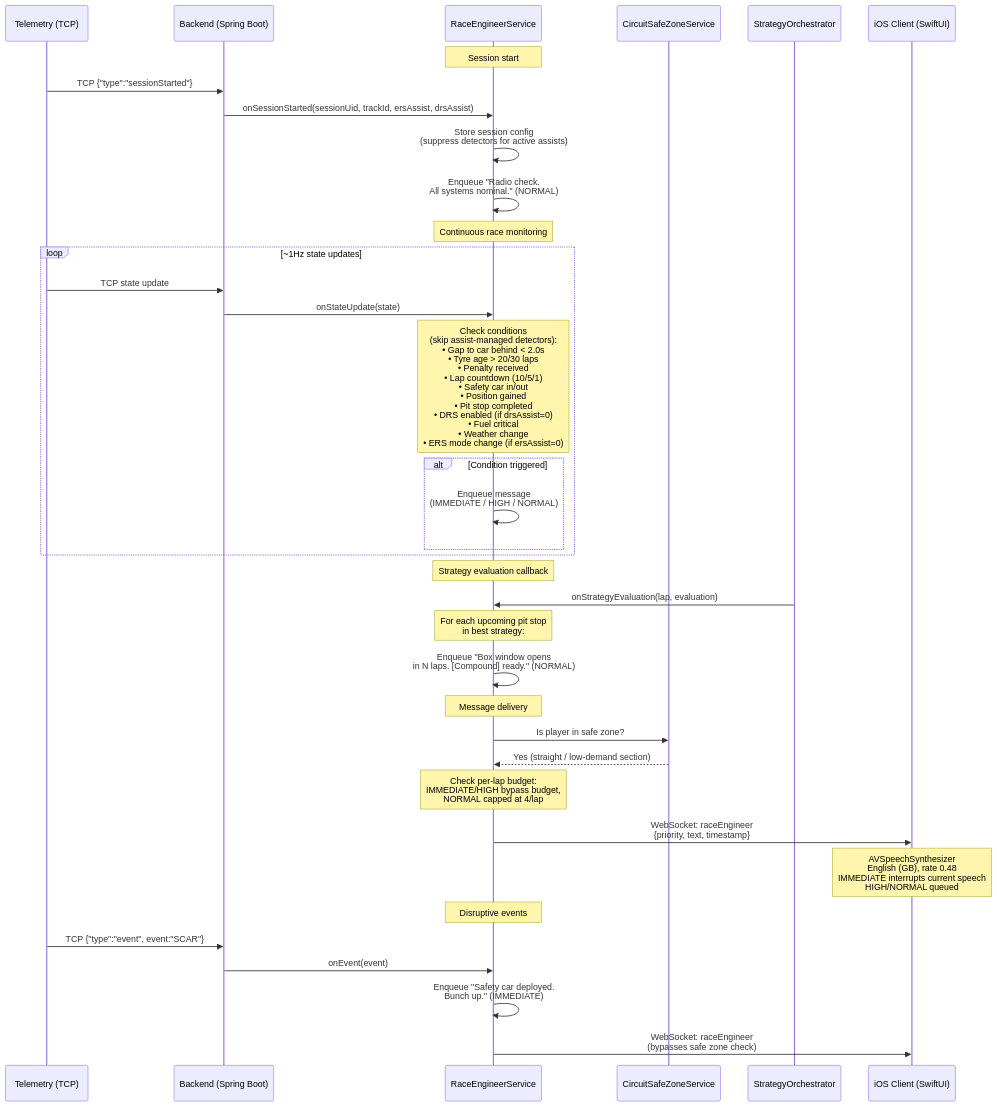
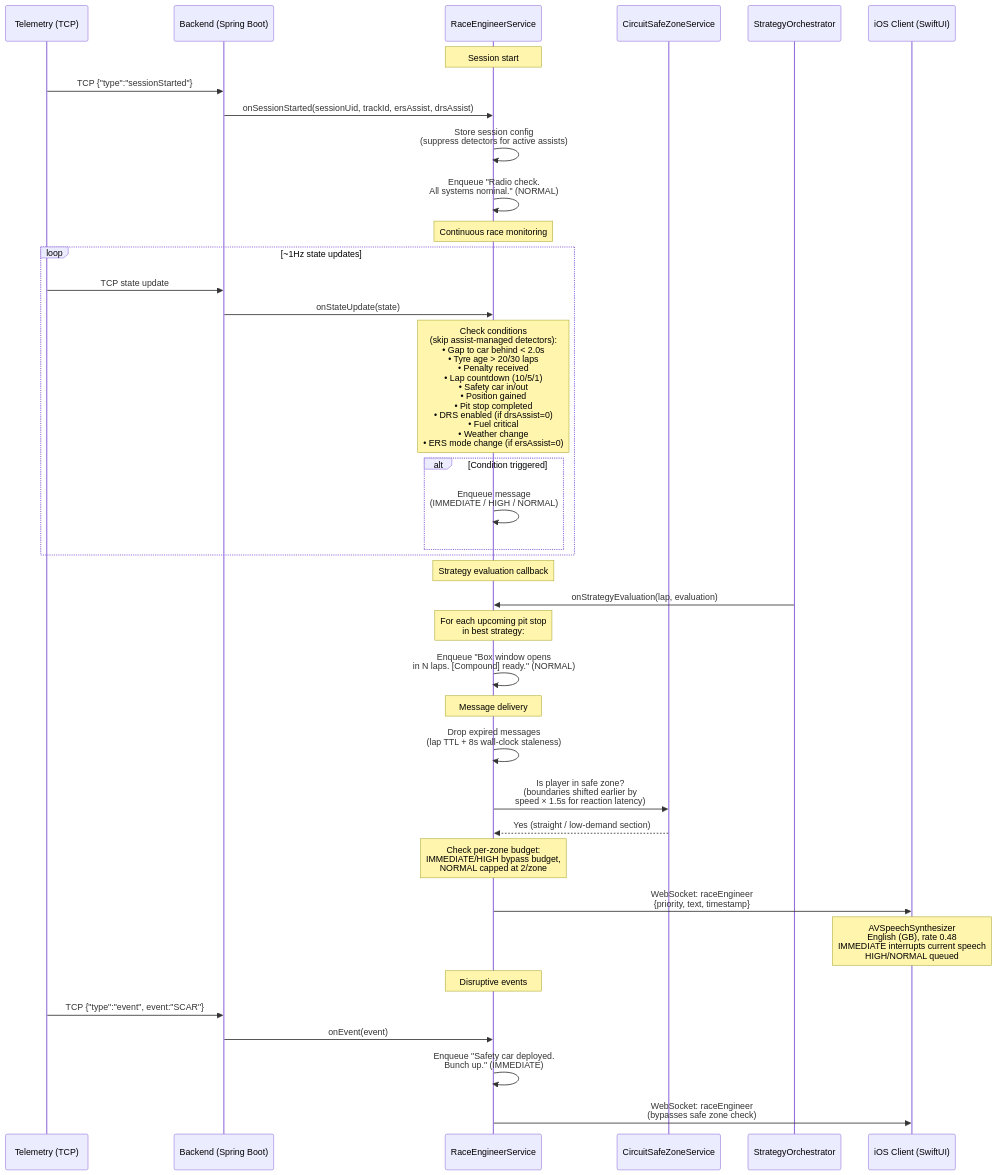
One commit to vmleon/f12025-race-strategy-simulation changed the diagram in design/08-RACE_ENGINEER_VOICE.md. Above: the diagram before and after it, drawn with Mermaid. The commit also changed other lines of this file and 2 other files, not shown here.

````diff
--- a/design/08-RACE_ENGINEER_VOICE.md
+++ b/design/08-RACE_ENGINEER_VOICE.md
@@ -123,43 +123,44 @@
 ```mermaid
 sequenceDiagram
     participant Telemetry as Telemetry (TCP)
     participant Backend as Backend (Spring Boot)
     participant Eng as RaceEngineerService
     participant SafeZone as CircuitSafeZoneService
     participant StratOrch as StrategyOrchestrator
     participant iOS as iOS Client (SwiftUI)
 
     Note over Eng: Session start
     Telemetry->>Backend: TCP {"type":"sessionStarted"}
     Backend->>Eng: onSessionStarted(sessionUid, trackId, ersAssist, drsAssist)
     Eng->>Eng: Store session config<br/>(suppress detectors for active assists)
     Eng->>Eng: Enqueue "Radio check.<br/>All systems nominal." (NORMAL)
 
     Note over Eng: Continuous race monitoring
     loop ~1Hz state updates
         Telemetry->>Backend: TCP state update
         Backend->>Eng: onStateUpdate(state)
         Note over Eng: Check conditions<br/>(skip assist-managed detectors):<br/>• Gap to car behind < 2.0s<br/>• Tyre age > 20/30 laps<br/>• Penalty received<br/>• Lap countdown (10/5/1)<br/>• Safety car in/out<br/>• Position gained<br/>• Pit stop completed<br/>• DRS enabled (if drsAssist=0)<br/>• Fuel critical<br/>• Weather change<br/>• ERS mode change (if ersAssist=0)
         alt Condition triggered
             Eng->>Eng: Enqueue message<br/>(IMMEDIATE / HIGH / NORMAL)
         end
     end
 
     Note over Eng: Strategy evaluation callback
     StratOrch->>Eng: onStrategyEvaluation(lap, evaluation)
     Note over Eng: For each upcoming pit stop<br/>in best strategy:
     Eng->>Eng: Enqueue "Box window opens<br/>in N laps. [Compound] ready." (NORMAL)
 
     Note over Eng: Message delivery
-    Eng->>SafeZone: Is player in safe zone?
+    Eng->>Eng: Drop expired messages<br/>(lap TTL + 8s wall-clock staleness)
+    Eng->>SafeZone: Is player in safe zone?<br/>(boundaries shifted earlier by<br/>speed × 1.5s for reaction latency)
     SafeZone-->>Eng: Yes (straight / low-demand section)
-    Note over Eng: Check per-lap budget:<br/>IMMEDIATE/HIGH bypass budget,<br/>NORMAL capped at 4/lap
+    Note over Eng: Check per-zone budget:<br/>IMMEDIATE/HIGH bypass budget,<br/>NORMAL capped at 2/zone
     Eng->>iOS: WebSocket: raceEngineer<br/>{priority, text, timestamp}
     Note over iOS: AVSpeechSynthesizer<br/>English (GB), rate 0.48<br/>IMMEDIATE interrupts current speech<br/>HIGH/NORMAL queued
 
     Note over Eng: Disruptive events
     Telemetry->>Backend: TCP {"type":"event", event:"SCAR"}
     Backend->>Eng: onEvent(event)
     Eng->>Eng: Enqueue "Safety car deployed.<br/>Bunch up." (IMMEDIATE)
     Eng->>iOS: WebSocket: raceEngineer<br/>(bypasses safe zone check)
 ```
````
